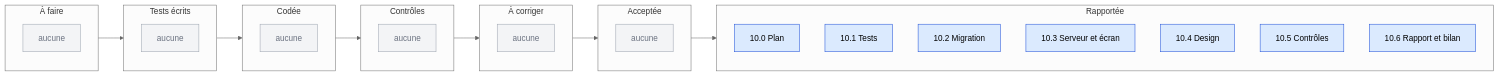
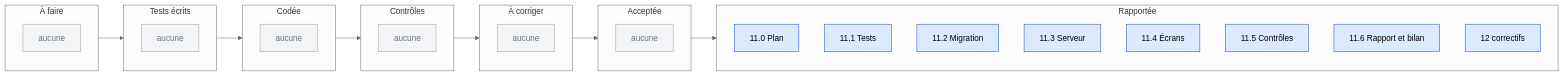
Before and after one commit to lyon32/lyonpanel: the second of 5 diagrams in docs/reports/TABLEAU-DE-BORD.md, drawn with Mermaid (neutral theme). The commit also changed other lines of this file and 6 other files, not shown here.

Commit message:
docs(phase-11): rapports, bilan, CHANGELOG, ROADMAP et tableau de bord

````diff
--- a/docs/reports/TABLEAU-DE-BORD.md
+++ b/docs/reports/TABLEAU-DE-BORD.md
@@ -36,42 +37,43 @@
 ```mermaid
 flowchart LR
   subgraph A["À faire"]
     direction TB
     a0["aucune"]
   end
   subgraph B["Tests écrits"]
     direction TB
     b0["aucune"]
   end
   subgraph C["Codée"]
     direction TB
     c0["aucune"]
   end
   subgraph D["Contrôles"]
     direction TB
     d0["aucune"]
   end
   subgraph E["À corriger"]
     direction TB
     e0["aucune"]
   end
   subgraph F["Acceptée"]
     direction TB
     f0["aucune"]
   end
   subgraph G["Rapportée"]
     direction TB
-    g0["10.0 Plan"]
-    g1["10.1 Tests"]
-    g2["10.2 Migration"]
-    g3["10.3 Serveur et écran"]
-    g4["10.4 Design"]
-    g5["10.5 Contrôles"]
-    g6["10.6 Rapport et bilan"]
+    g0["11.0 Plan"]
+    g1["11.1 Tests"]
+    g2["11.2 Migration"]
+    g3["11.3 Serveur"]
+    g4["11.4 Écrans"]
+    g5["11.5 Contrôles"]
+    g6["11.6 Rapport et bilan"]
+    g7["12 correctifs"]
   end
   A --> B --> C --> D --> E --> F --> G
   classDef fait fill:#DBEAFE,stroke:#1D4ED8,color:#000
   classDef vide fill:#F3F4F6,stroke:#9CA3AF,color:#6B7280
-  class g0,g1,g2,g3,g4,g5,g6 fait
+  class g0,g1,g2,g3,g4,g5,g6,g7 fait
   class a0,b0,c0,d0,e0,f0 vide
 ```
````
